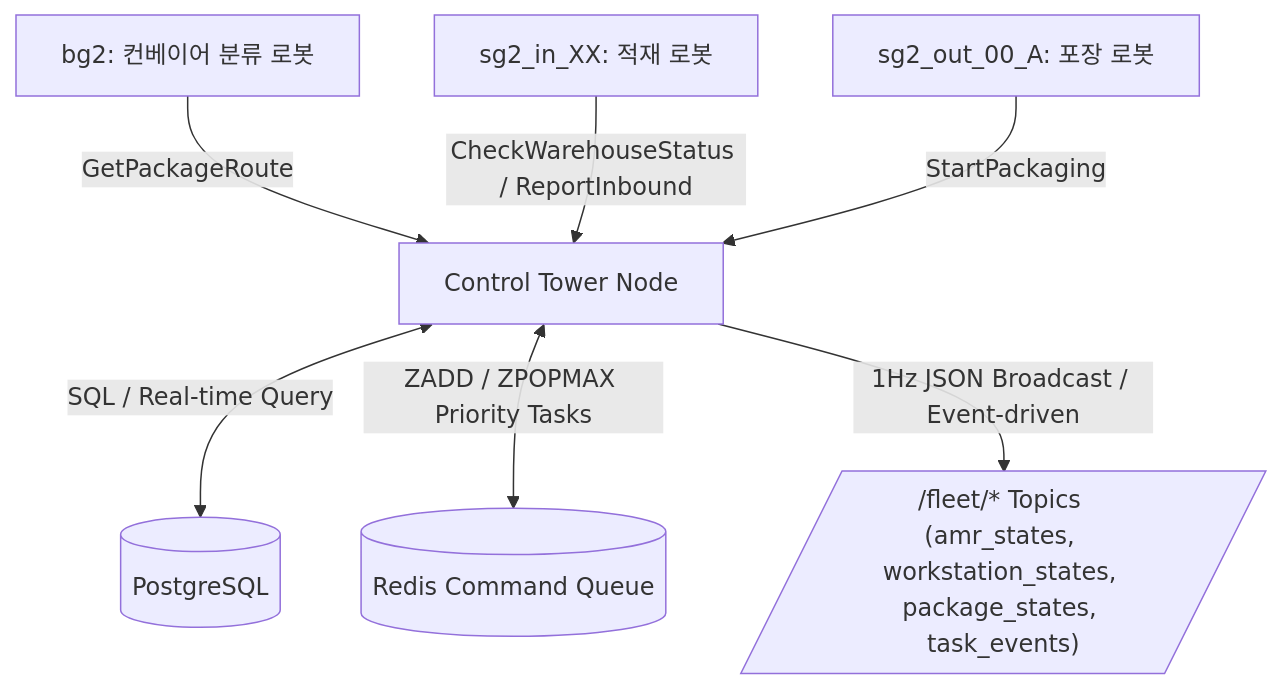
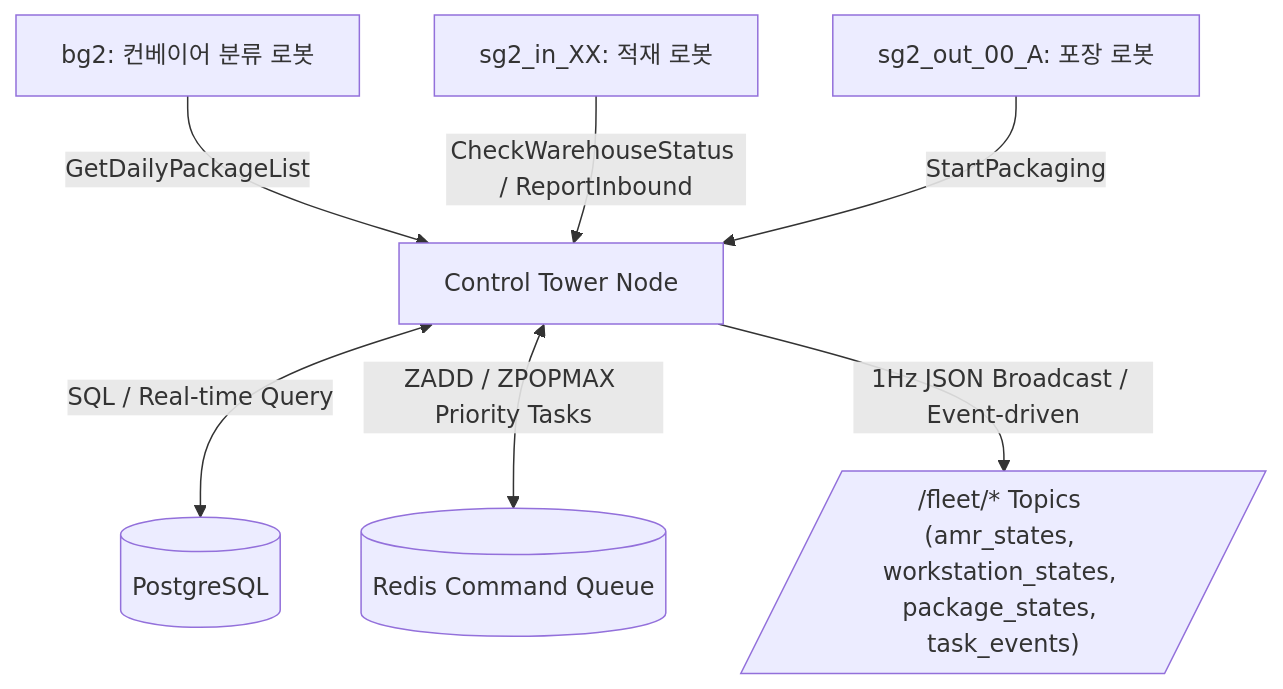
One commit to yjhyun0613/cobot3_ws changed the diagram in README.md. Above: the diagram before and after it, drawn with Mermaid. The commit also changed other lines of this file, not shown here.

Commit message:
docs: update README with full execution guide including June 8th scenario, distributed/local modes, and GetDailyPackageList

````diff
--- a/README.md
+++ b/README.md
@@ -199,9 +182,9 @@
 ```mermaid
 graph TD
-    Sorter[bg2: 컨베이어 분류 로봇] -->|GetPackageRoute| CT[Control Tower Node]
+    Sorter[bg2: 컨베이어 분류 로봇] -->|GetDailyPackageList| CT[Control Tower Node]
     Inbound[sg2_in_XX: 적재 로봇] -->|CheckWarehouseStatus / ReportInbound| CT
     Outbound[sg2_out_00_A: 포장 로봇] -->|StartPackaging| CT
     CT <-->|SQL / Real-time Query| DB[(PostgreSQL)]
     CT <-->|ZADD / ZPOPMAX Priority Tasks| Redis[(Redis Command Queue)]
     CT -->|1Hz JSON Broadcast / Event-driven| Fleet[/"/fleet/* Topics (amr_states, workstation_states, package_states, task_events)"/]
 ```
````
